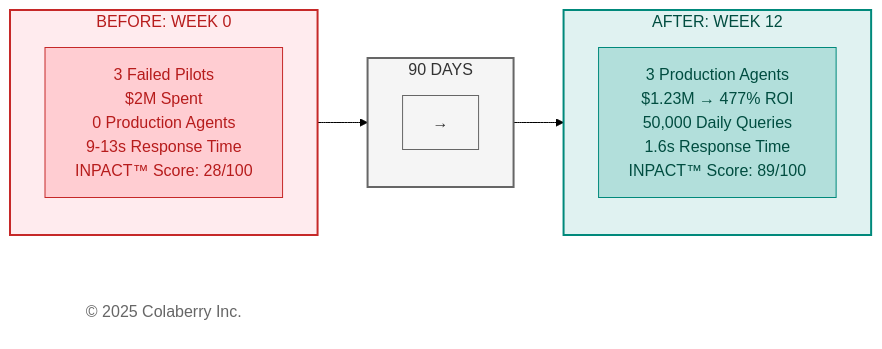
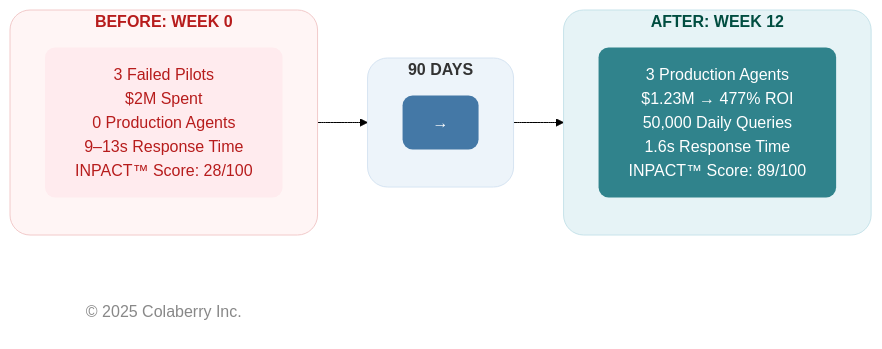
The first of 4 diagrams in manuscript/01_chapter_0_trust_before_intelligence.md (saitejesh-cyber/trust-before-intelligence-book), drawn with Mermaid (forest theme) before and after one commit. The commit also changed other lines of this file and 4 other files, not shown here.

Commit message:
Chapter 1to5: Updated mermaid diagrams based on new colaberry color code

````diff
--- a/manuscript/01_chapter_0_trust_before_intelligence.md
+++ b/manuscript/01_chapter_0_trust_before_intelligence.md
@@ -15,31 +15,32 @@
 ```mermaid
 
 graph LR
-    subgraph BEFORE["BEFORE: WEEK 0"]
+    subgraph BEFORE["<b>BEFORE: WEEK 0</b>"]
         direction TB
-        B1["3 Failed Pilots<br/>$2M Spent<br/>0 Production Agents<br/>9-13s Response Time<br/>INPACT™ Score: 28/100"]
+        B1["3 Failed Pilots<br/>$2M Spent<br/>0 Production Agents<br/>9–13s Response Time<br/>INPACT™ Score: 28/100"]
     end
     
-    subgraph TRANSFORM["90 DAYS"]
+    subgraph TRANSFORM["<b>90 DAYS</b>"]
         direction TB
         T1["→"]
     end
     
-    subgraph AFTER["AFTER: WEEK 12"]
+    subgraph AFTER["<b>AFTER: WEEK 12</b>"]
         direction TB
         A1["3 Production Agents<br/>$1.23M → 477% ROI<br/>50,000 Daily Queries<br/>1.6s Response Time<br/>INPACT™ Score: 89/100"]
     end
     
     Copyright["© 2025 Colaberry Inc."]
     
     BEFORE --> TRANSFORM --> AFTER
-    
-    style BEFORE fill:#ffebee,stroke:#c62828,stroke-width:2px,color:#b71c1c
-    style TRANSFORM fill:#f5f5f5,stroke:#666666,stroke-width:2px,color:#333333
-    style AFTER fill:#e0f2f1,stroke:#00897b,stroke-width:2px,color:#004d40
-    style B1 fill:#ffcdd2,stroke:#c62828,color:#b71c1c
-    style T1 fill:#f5f5f5,stroke:#666666,color:#333333
-    style A1 fill:#b2dfdb,stroke:#00897b,color:#004d40
-    style Copyright fill:#ffffff,stroke:none,color:#666666
+
+    style BEFORE fill:#fff5f5,stroke:#f2caca,stroke-width:1px,color:#b71c1c,rx:20,ry:20
+    style B1 fill:#ffebee,stroke:none,color:#b71c1c,rx:10,ry:10
+    style TRANSFORM fill:#edf4fa,stroke:#d6e4f2,stroke-width:1px,color:#333333,rx:20,ry:20
+    style T1 fill:#4478A6,stroke:none,color:#ffffff,rx:10,ry:10
+    style AFTER fill:#e6f3f6,stroke:#c7e3ea,stroke-width:1px,color:#004d40,rx:20,ry:20
+    style A1 fill:#30838C,stroke:none,color:#ffffff,rx:10,ry:10
+
+    style Copyright fill:none,stroke:none,color:#888888
     
 ```
````
